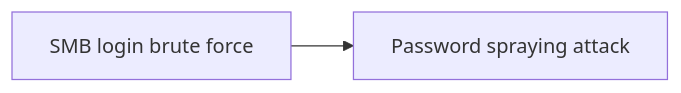
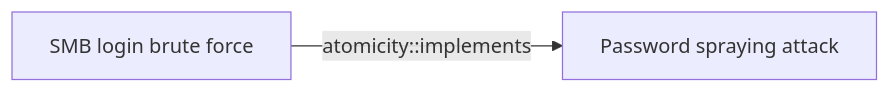
One commit to opentidehq/library changed the diagram in docs/threats/smb-login-brute-force.md. Above: the diagram before and after it, drawn with Mermaid. The commit also changed other lines of this file and 277 other files, not shown here.

````diff
--- a/docs/threats/smb-login-brute-force.md
+++ b/docs/threats/smb-login-brute-force.md
@@ -87,6 +129,6 @@
 ```mermaid
 flowchart LR
 fa4c66c6_a69b_4e16_84cb_7ad8c772af41["SMB login brute force"]
 cc546bbc_f71c_4538_934c_415d6adc293b["Password spraying attack"]
-fa4c66c6_a69b_4e16_84cb_7ad8c772af41 --> cc546bbc_f71c_4538_934c_415d6adc293b
+fa4c66c6_a69b_4e16_84cb_7ad8c772af41 -->|atomicity::implements| cc546bbc_f71c_4538_934c_415d6adc293b
 ```
````
